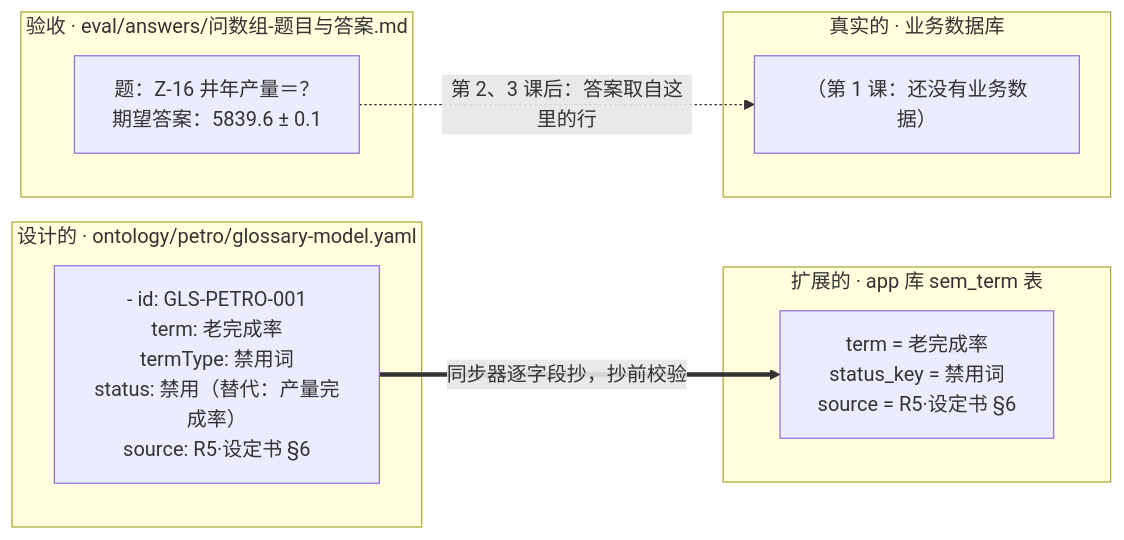
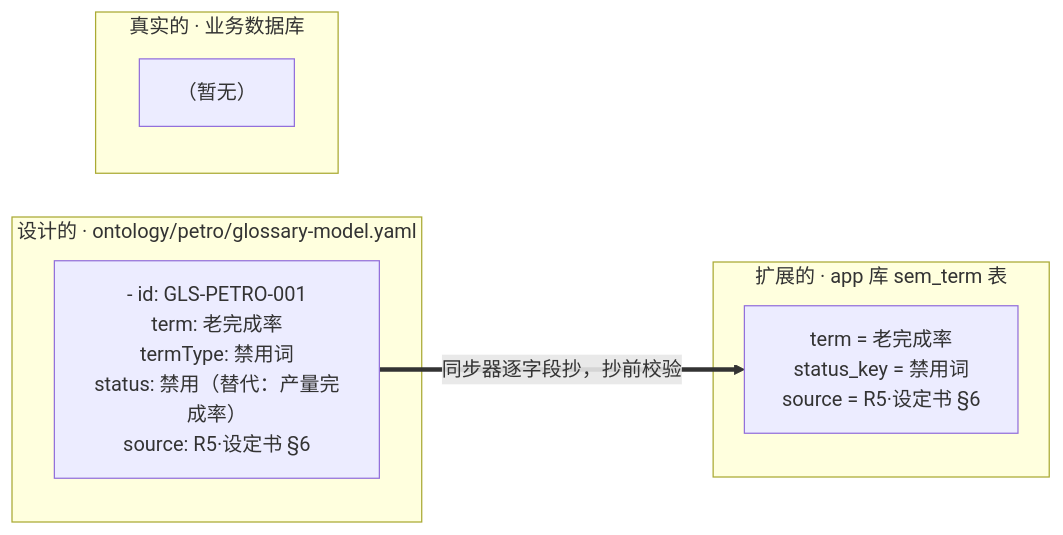
Before and after one commit to zzwcoding/petro-agent-platform: the diagram in docs/本体图解课-实体演变图.md, drawn with Mermaid. The commit also changed other lines of this file, not shown here.

Commit message:
本体图解课·实体演变图四返工（删课外内容）：删验收仓与 Z-16 题册——题册是第 19 课本体需求工程的内容，第 1 课只讲能力问题卡本身（问题+输入+期望答案）；图回到三仓：设计仓 GLS-PETRO-001、扩展仓 sem_term 一行、真实仓暂无；题册对应关系在图外留一行注明第 19 课进图

````diff
--- a/docs/本体图解课-实体演变图.md
+++ b/docs/本体图解课-实体演变图.md
@@ -11,17 +11,13 @@
 ```mermaid
 flowchart LR
     subgraph Y["设计的 · ontology/petro/glossary-model.yaml"]
         y1["- id: GLS-PETRO-001<br/>term: 老完成率<br/>termType: 禁用词<br/>status: 禁用（替代：产量完成率）<br/>source: R5·设定书 §6"]
     end
     subgraph P["扩展的 · app 库 sem_term 表"]
         p1["term = 老完成率<br/>status_key = 禁用词<br/>source = R5·设定书 §6"]
     end
-    subgraph E["验收 · eval/answers/问数组-题目与答案.md"]
-        e1["题：Z-16 井年产量＝？<br/>期望答案：5839.6 ± 0.1"]
-    end
     subgraph D["真实的 · 业务数据库"]
-        d1["（第 1 课：还没有业务数据）"]
+        d1["（暂无）"]
     end
     y1 ==>|"同步器逐字段抄，抄前校验"| p1
-    e1 -. "第 2、3 课后：答案取自这里的行" .-> d1
 ```
````
